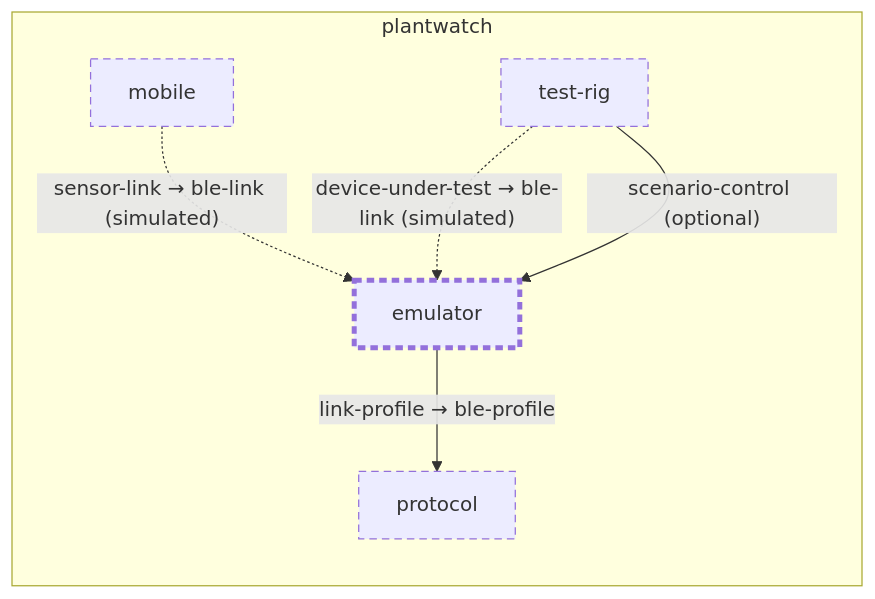
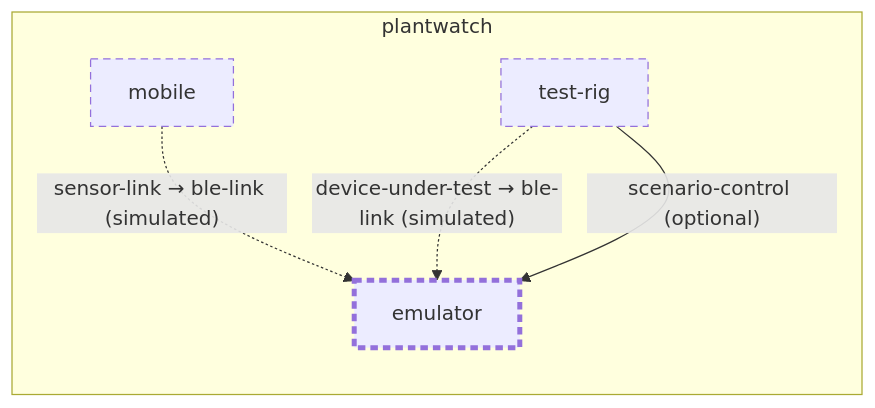
The diagram in examples/plantwatch/emulator/docs/diagrams/context.md (wackazong/unifold), drawn with Mermaid before and after one commit. The commit also changed other lines of this file and 383 other files, not shown here.

````diff
--- a/examples/plantwatch/emulator/docs/diagrams/context.md
+++ b/examples/plantwatch/emulator/docs/diagrams/context.md
@@ -8,19 +8,17 @@
 ```mermaid
 flowchart LR
   subgraph u_root["plantwatch"]
     u_emulator["emulator"]
     u_mobile["mobile"]
-    u_protocol["protocol"]
     u_test_drig["test-rig"]
   end
-  u_emulator -->|"link-profile → ble-profile"| u_protocol
   u_mobile -.->|"sensor-link → ble-link (simulated)"| u_emulator
   u_test_drig -.->|"device-under-test → ble-link (simulated)"| u_emulator
   u_test_drig -->|"scenario-control (optional)"| u_emulator
   classDef focus stroke-width:4px
   classDef planned stroke-dasharray:6 4
   classDef deprecated stroke-dasharray:2 2,opacity:0.6
   classDef plain stroke-dasharray:2 3
-  class u_emulator,u_mobile,u_protocol,u_test_drig planned
+  class u_emulator,u_mobile,u_test_drig planned
   class u_emulator focus
 ```
````
